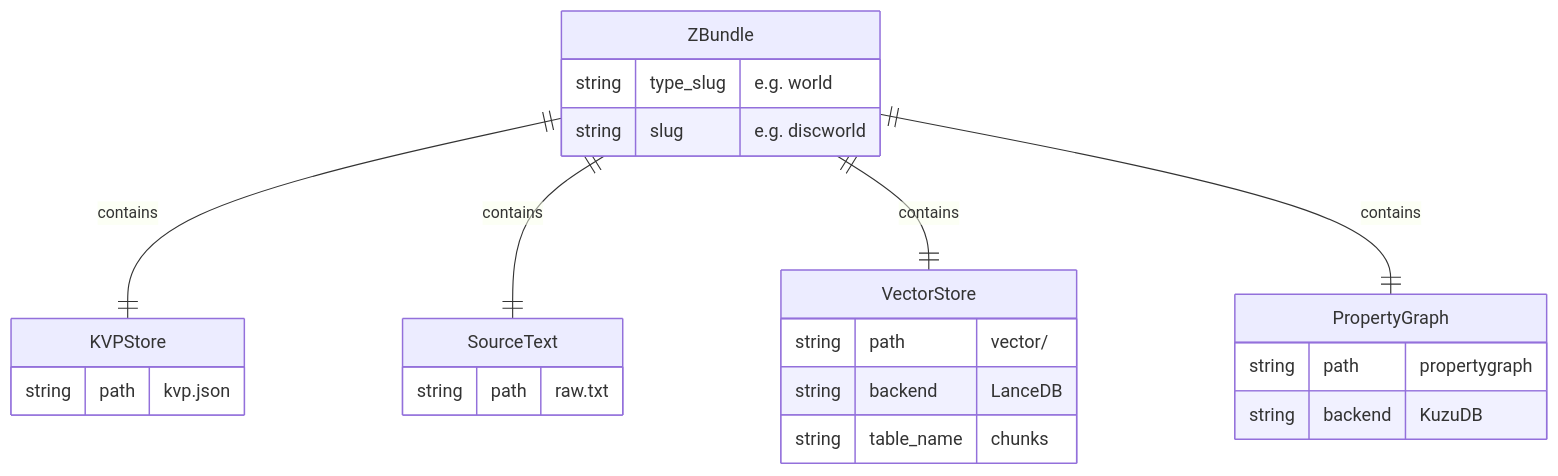
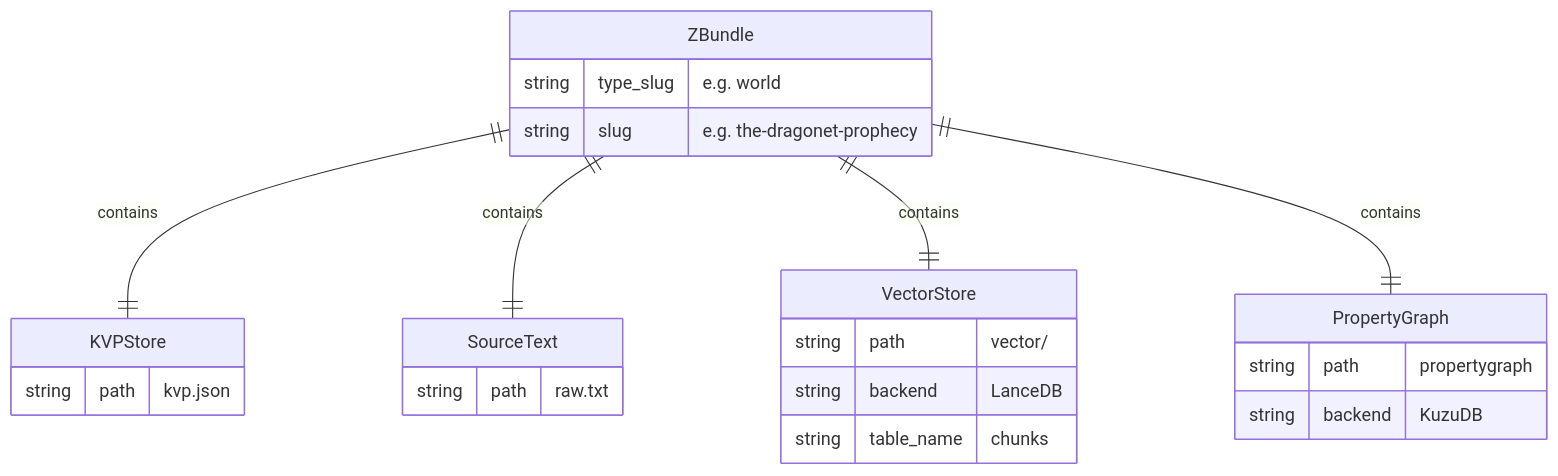
Before and after one commit to peterbaileyct/zforge: the second of 5 diagrams in docs/ER Diagram.md, drawn with Mermaid. The commit also changed other lines of this file and 10 other files, not shown here.

````diff
--- a/docs/ER Diagram.md
+++ b/docs/ER Diagram.md
@@ -77,27 +77,27 @@
 ```mermaid
 erDiagram
     ZBundle {
         string type_slug "e.g. world"
-        string slug "e.g. discworld"
+        string slug "e.g. the-dragonet-prophecy"
     }
     KVPStore {
         string path "kvp.json"
     }
     SourceText {
         string path "raw.txt"
     }
     VectorStore {
         string path "vector/"
         string backend "LanceDB"
         string table_name "chunks"
     }
     PropertyGraph {
         string path "propertygraph"
         string backend "KuzuDB"
     }
 
     ZBundle      ||--|| KVPStore         : "contains"
     ZBundle      ||--|| SourceText       : "contains"
     ZBundle      ||--|| VectorStore      : "contains"
     ZBundle      ||--|| PropertyGraph    : "contains"
 ```
````
